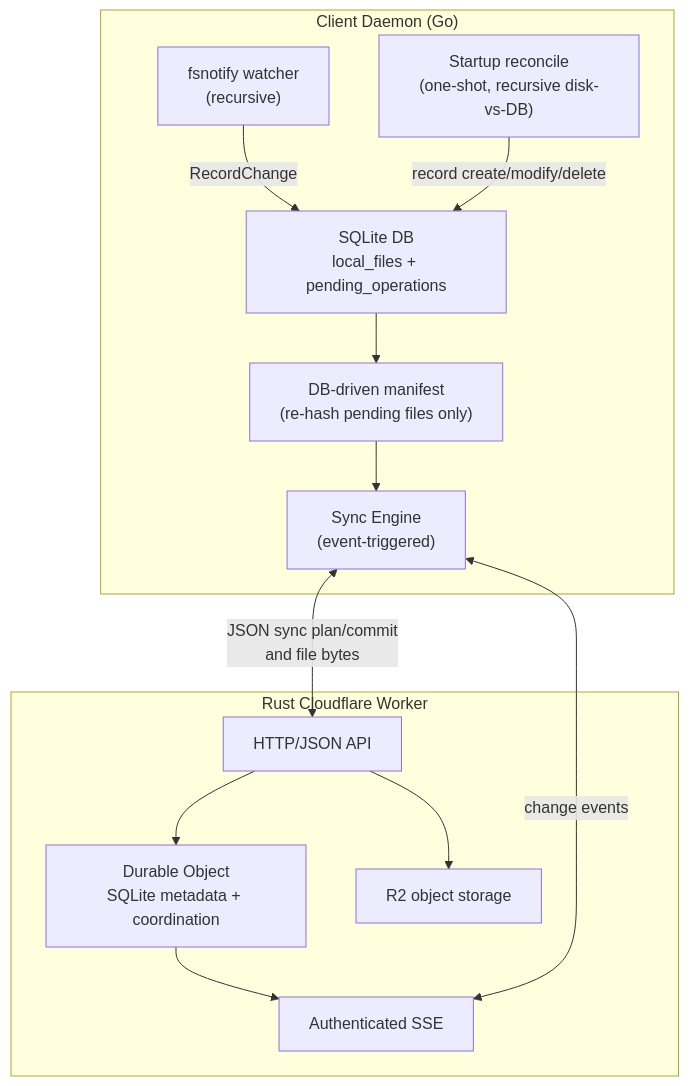
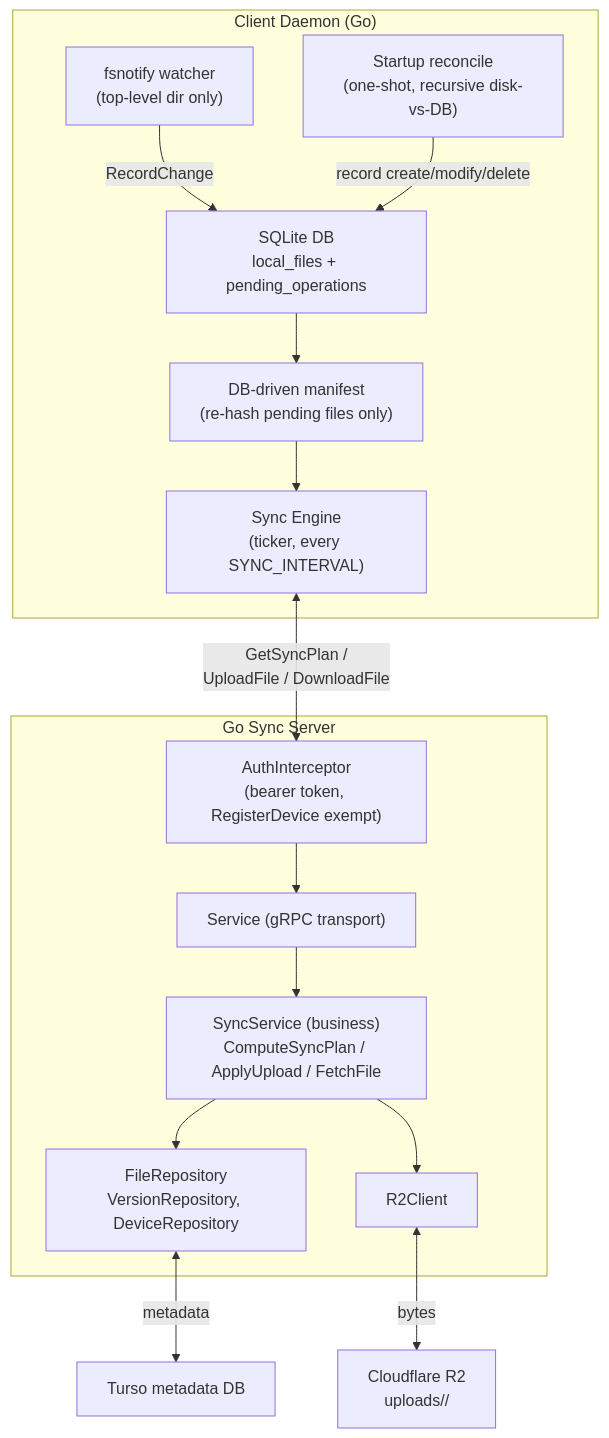
The diagram in README.md (ShivangNagta/data_sync), drawn with Mermaid before and after one commit. The commit also changed other lines of this file and 7 other files, not shown here.

Commit message:
DOCS: Update HTTP Worker workflow

````diff
--- a/README.md
+++ b/README.md
@@ -8,29 +8,35 @@
 ```mermaid
 flowchart TB
     subgraph Client["Client Daemon (Go)"]
-        Watcher["fsnotify watcher<br/>(recursive)"]
+        Watcher["fsnotify watcher<br/>(top-level dir only)"]
         Reconcile["Startup reconcile<br/>(one-shot, recursive disk-vs-DB)"]
         LocalDB["SQLite DB<br/>local_files + pending_operations"]
         Manifest["DB-driven manifest<br/>(re-hash pending files only)"]
-        SyncEngine["Sync Engine<br/>(event-triggered)"]
+        SyncEngine["Sync Engine<br/>(ticker, every SYNC_INTERVAL)"]
 
         Watcher -->|"RecordChange"| LocalDB
         Reconcile -->|"record create/modify/delete"| LocalDB
         LocalDB --> Manifest
         Manifest --> SyncEngine
     end
 
-    subgraph Worker["Rust Cloudflare Worker"]
-        API["HTTP/JSON API"]
-        DurableObject["Durable Object<br/>SQLite metadata + coordination"]
-        R2Client["R2 object storage"]
-        Events["Authenticated SSE"]
+    subgraph Server["Go Sync Server"]
+        Auth["AuthInterceptor<br/>(bearer token, RegisterDevice exempt)"]
+        Transport["Service (gRPC transport)"]
+        App["SyncService (business)<br/>ComputeSyncPlan / ApplyUpload / FetchFile"]
+        Repos["FileRepository<br/>VersionRepository, DeviceRepository"]
+        R2Client["R2Client"]
 
-        API --> DurableObject
-        API --> R2Client
-        DurableObject --> Events
+        Auth --> Transport
+        Transport --> App
+        App --> Repos
+        App --> R2Client
     end
 
-    SyncEngine <-->|"JSON sync plan/commit<br/>and file bytes"| API
-    SyncEngine <-->|"change events"| Events
+    Turso["Turso metadata DB"]
+    R2["Cloudflare R2<br/>uploads/<file_id>/<version_id>"]
+
+    SyncEngine <-->|"GetSyncPlan /<br/>UploadFile / DownloadFile"| Auth
+    Repos <-->|"metadata"| Turso
+    R2Client <-->|"bytes"| R2
 ```
````
